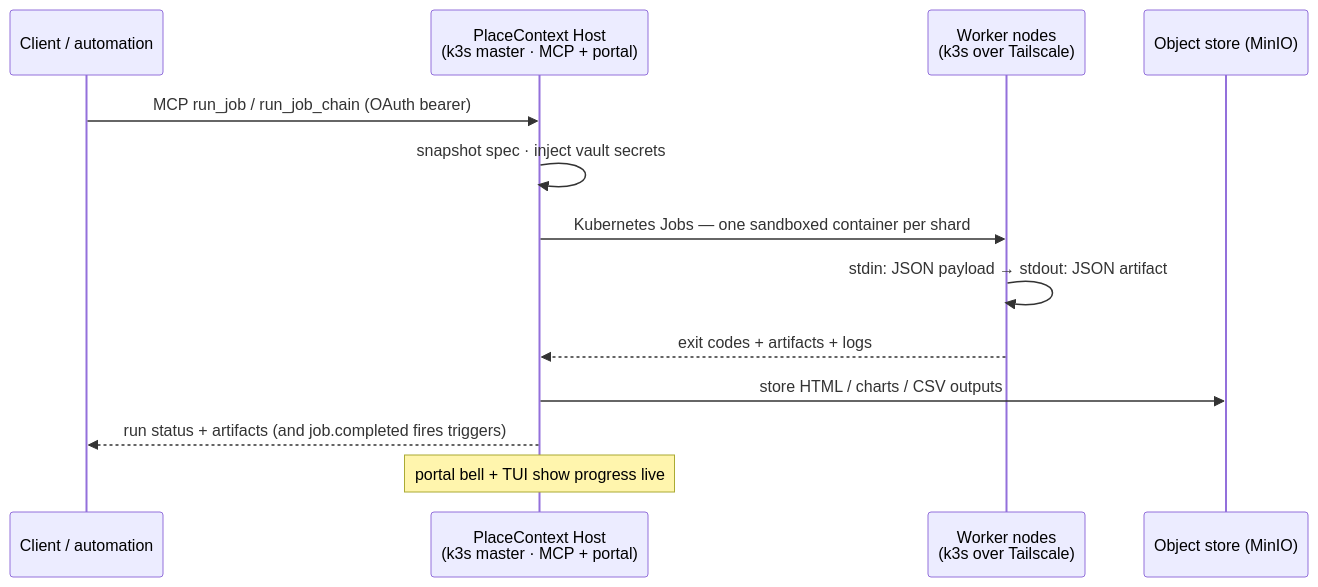
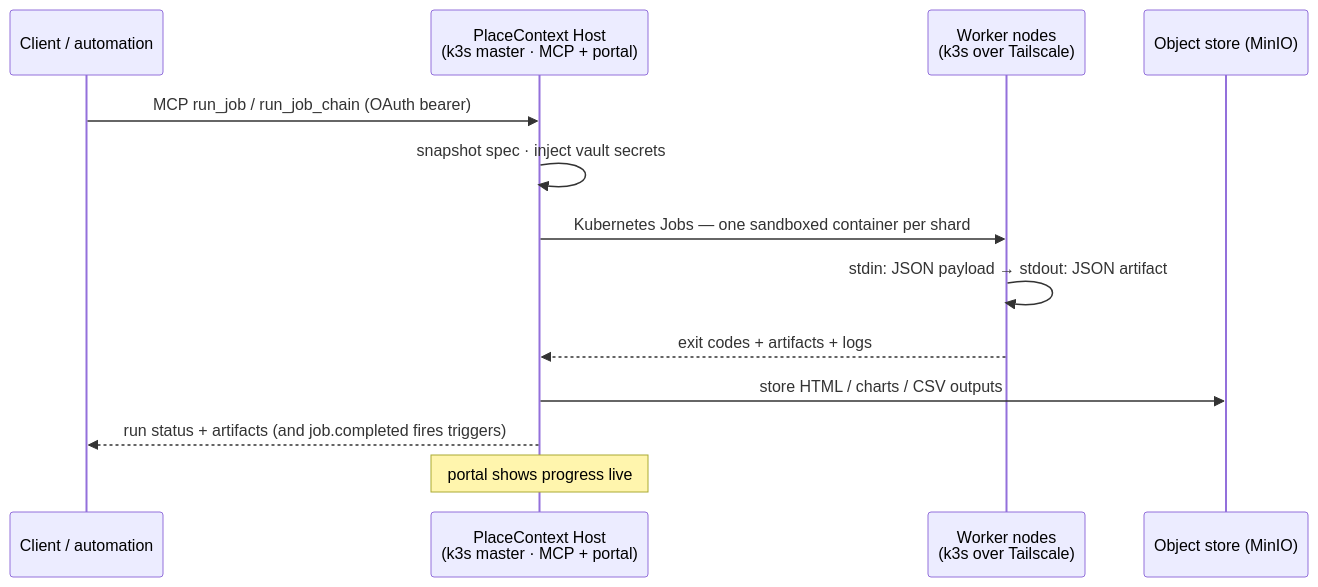
The first of 2 diagrams in README.md (bradlnz/placecontext), drawn with Mermaid before and after one commit. The commit also changed other lines of this file and 74 other files, not shown here.

````diff
--- a/README.md
+++ b/README.md
@@ -53,16 +51,16 @@
 ```mermaid
 sequenceDiagram
     participant A as Client / automation
     participant M as PlaceContext Host<br/>(k3s master · MCP + portal)
     participant W as Worker nodes<br/>(k3s over Tailscale)
     participant S as Object store (MinIO)
 
     A->>M: MCP run_job / run_job_chain (OAuth bearer)
     M->>M: snapshot spec · inject vault secrets
     M->>W: Kubernetes Jobs — one sandboxed container per shard
     W->>W: stdin: JSON payload → stdout: JSON artifact
     W-->>M: exit codes + artifacts + logs
     M->>S: store HTML / charts / CSV outputs
     M-->>A: run status + artifacts (and job.completed fires triggers)
-    Note over M: portal bell + TUI show progress live
+    Note over M: portal shows progress live
 ```
````
